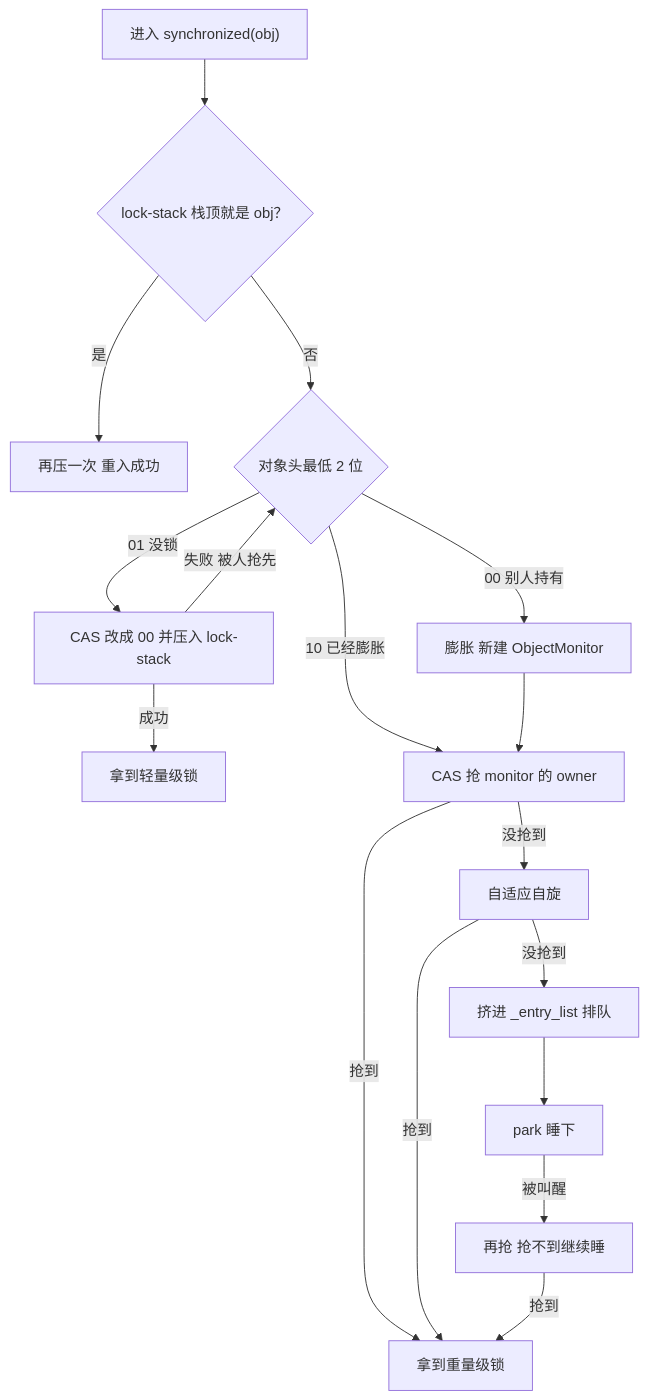
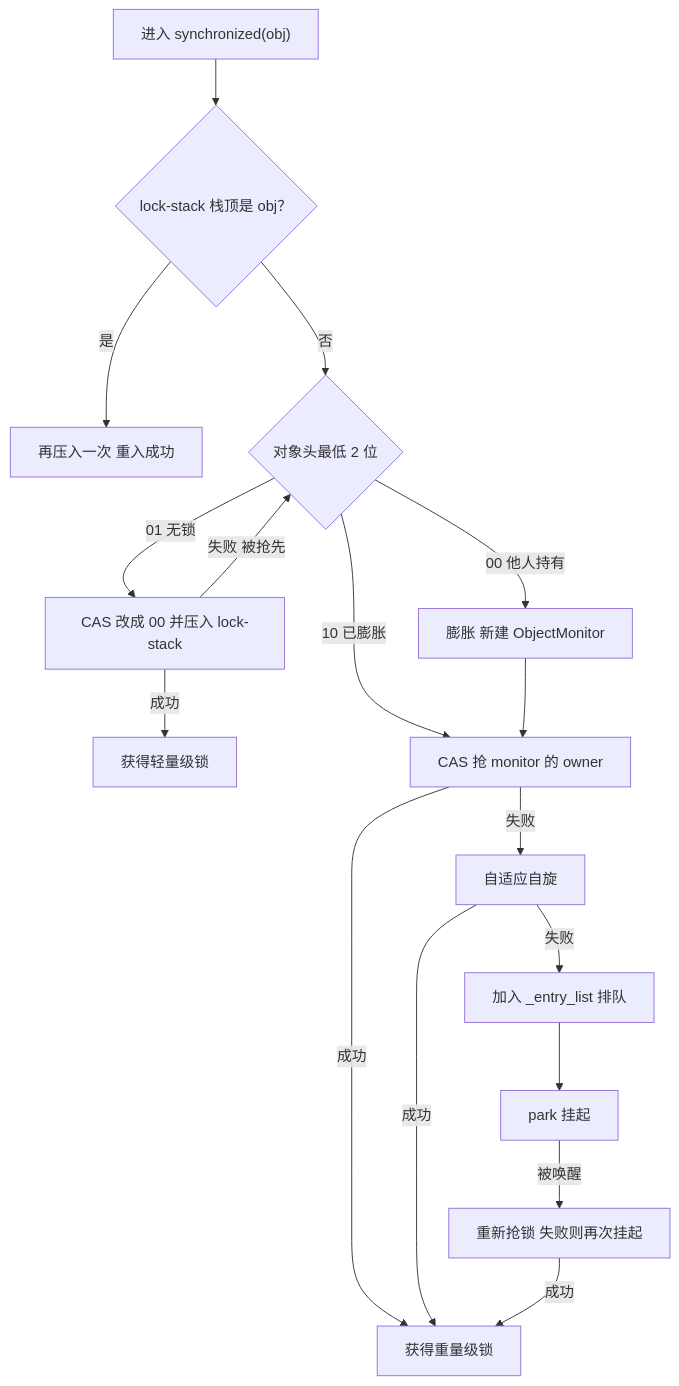
Before and after one commit to mamawai/mamawai.github.io: the first of 6 diagrams in docs/java/concurrency/synchronized-lock-upgrade.md, drawn with Mermaid. The commit also changed other lines of this file and 1 other file, not shown here.

Commit message:
docs: synchronized 主篇补充多线程膨胀、认领与非公平细节，两篇统一为书面技术表述

````diff
--- a/docs/java/concurrency/synchronized-lock-upgrade.md
+++ b/docs/java/concurrency/synchronized-lock-upgrade.md
@@ -34,19 +34,19 @@
 ```mermaid
 flowchart TD
-  S["进入 synchronized(obj)"] --> Q0{"lock-stack 栈顶就是 obj？"}
-  Q0 -->|是| RE["再压一次 重入成功"]
+  S["进入 synchronized(obj)"] --> Q0{"lock-stack 栈顶是 obj？"}
+  Q0 -->|是| RE["再压入一次 重入成功"]
   Q0 -->|否| Q1{"对象头最低 2 位"}
-  Q1 -->|01 没锁| C1["CAS 改成 00 并压入 lock-stack"]
-  C1 -->|成功| L["拿到轻量级锁"]
-  C1 -->|失败 被人抢先| Q1
-  Q1 -->|00 别人持有| INF["膨胀 新建 ObjectMonitor"]
-  Q1 -->|10 已经膨胀| M1
+  Q1 -->|01 无锁| C1["CAS 改成 00 并压入 lock-stack"]
+  C1 -->|成功| L["获得轻量级锁"]
+  C1 -->|失败 被抢先| Q1
+  Q1 -->|00 他人持有| INF["膨胀 新建 ObjectMonitor"]
+  Q1 -->|10 已膨胀| M1
   INF --> M1["CAS 抢 monitor 的 owner"]
-  M1 -->|抢到| H["拿到重量级锁"]
-  M1 -->|没抢到| SP["自适应自旋"]
-  SP -->|抢到| H
-  SP -->|没抢到| EQ["挤进 _entry_list 排队"]
-  EQ --> PK["park 睡下"]
-  PK -->|被叫醒| M2["再抢 抢不到继续睡"]
-  M2 -->|抢到| H
+  M1 -->|成功| H["获得重量级锁"]
+  M1 -->|失败| SP["自适应自旋"]
+  SP -->|成功| H
+  SP -->|失败| EQ["加入 _entry_list 排队"]
+  EQ --> PK["park 挂起"]
+  PK -->|被唤醒| M2["重新抢锁 失败则再次挂起"]
+  M2 -->|成功| H
 ```
````
